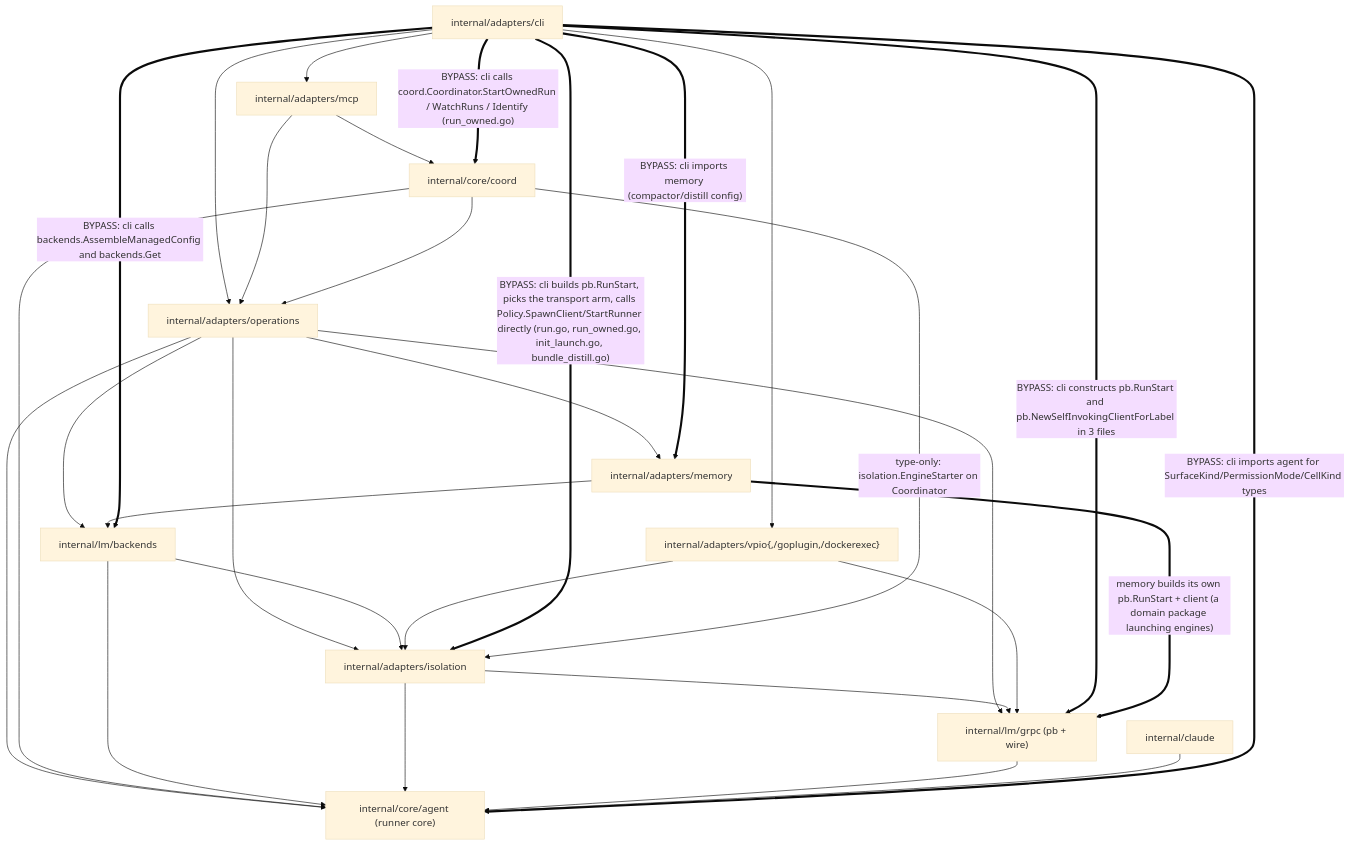
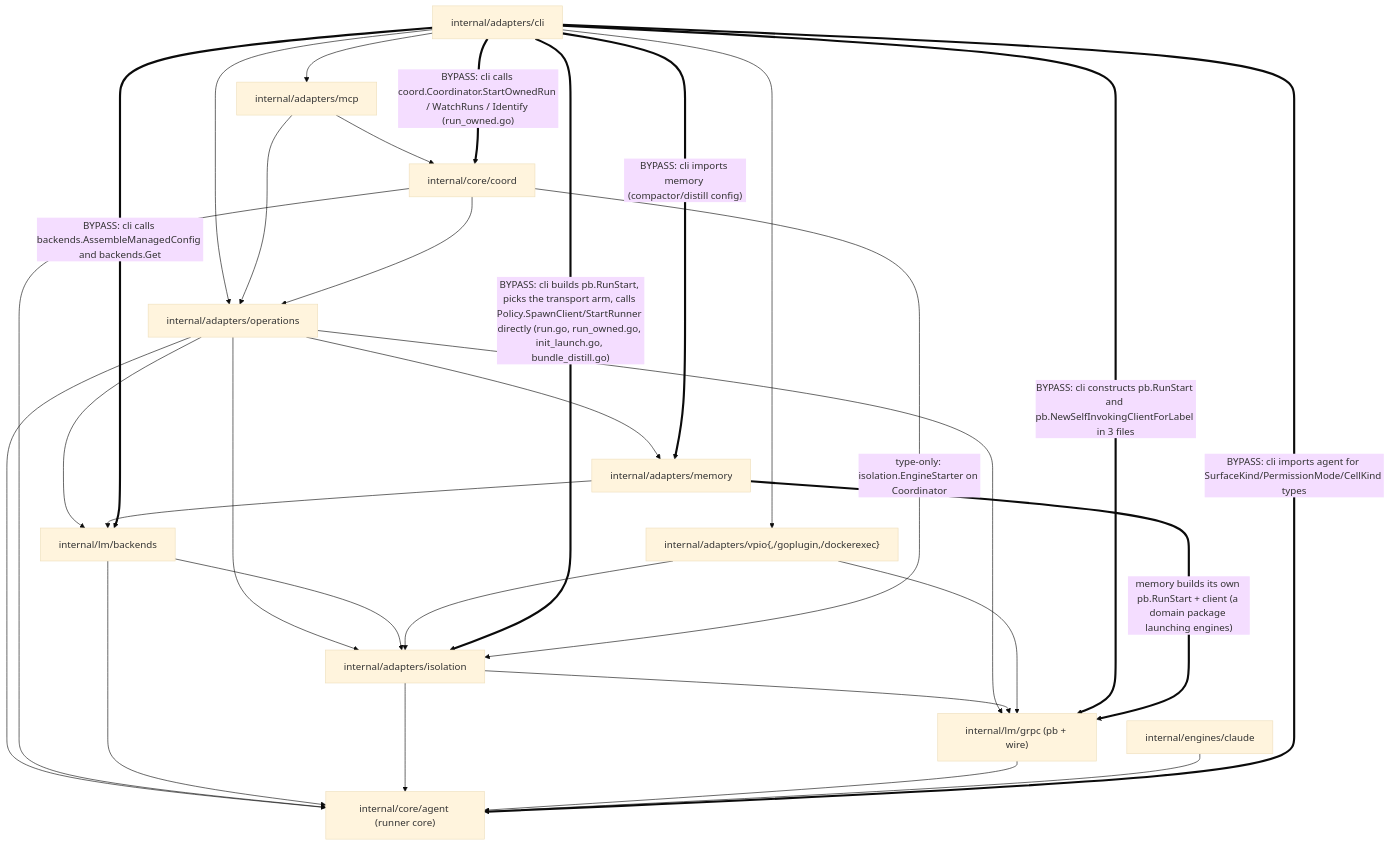
Before and after one commit to ctxloom/ctxloom: the seventh of 9 diagrams in docs/architecture/audit-2026-09-18/01-launch-paths.md, drawn with Mermaid (base theme). The commit also changed other lines of this file and 211 other files, not shown here.

First line of the commit message:
refactor(arch): move the engines ring into internal/engines

````diff
--- a/docs/architecture/audit-2026-09-18/01-launch-paths.md
+++ b/docs/architecture/audit-2026-09-18/01-launch-paths.md
@@ -534,45 +534,45 @@
 ```mermaid
 flowchart TB
   cli["internal/adapters/cli"]
   operations["internal/adapters/operations"]
   mcp["internal/adapters/mcp"]
   coord["internal/core/coord"]
   isolation["internal/adapters/isolation"]
   backends["internal/lm/backends"]
   grpc["internal/lm/grpc (pb + wire)"]
   agent["internal/core/agent (runner core)"]
-  claude["internal/claude"]
+  claude["internal/engines/claude"]
   memory["internal/adapters/memory"]
   vpio["internal/adapters/vpio{,/goplugin,/dockerexec}"]
 
   cli --> operations
   cli --> mcp
   cli --> vpio
   operations --> isolation
   operations --> backends
   operations --> grpc
   operations --> agent
   operations --> memory
   mcp --> coord
   mcp --> operations
   coord --> operations
   coord --> agent
   backends --> isolation
   backends --> agent
   isolation --> grpc
   isolation --> agent
   grpc --> agent
   claude --> agent
   memory --> backends
   vpio --> grpc
   vpio --> isolation
 
   cli == "BYPASS: cli builds pb.RunStart, picks the transport arm, calls Policy.SpawnClient/StartRunner directly (run.go, run_owned.go, init_launch.go, bundle_distill.go)" ==> isolation
   cli == "BYPASS: cli calls backends.AssembleManagedConfig and backends.Get" ==> backends
   cli == "BYPASS: cli constructs pb.RunStart and pb.NewSelfInvokingClientForLabel in 3 files" ==> grpc
   cli == "BYPASS: cli calls coord.Coordinator.StartOwnedRun / WatchRuns / Identify (run_owned.go)" ==> coord
   cli == "BYPASS: cli imports memory (compactor/distill config)" ==> memory
   cli == "BYPASS: cli imports agent for SurfaceKind/PermissionMode/CellKind types" ==> agent
   coord -- "type-only: isolation.EngineStarter on Coordinator" --> isolation
   memory == "memory builds its own pb.RunStart + client (a domain package launching engines)" ==> grpc
 ```
````
